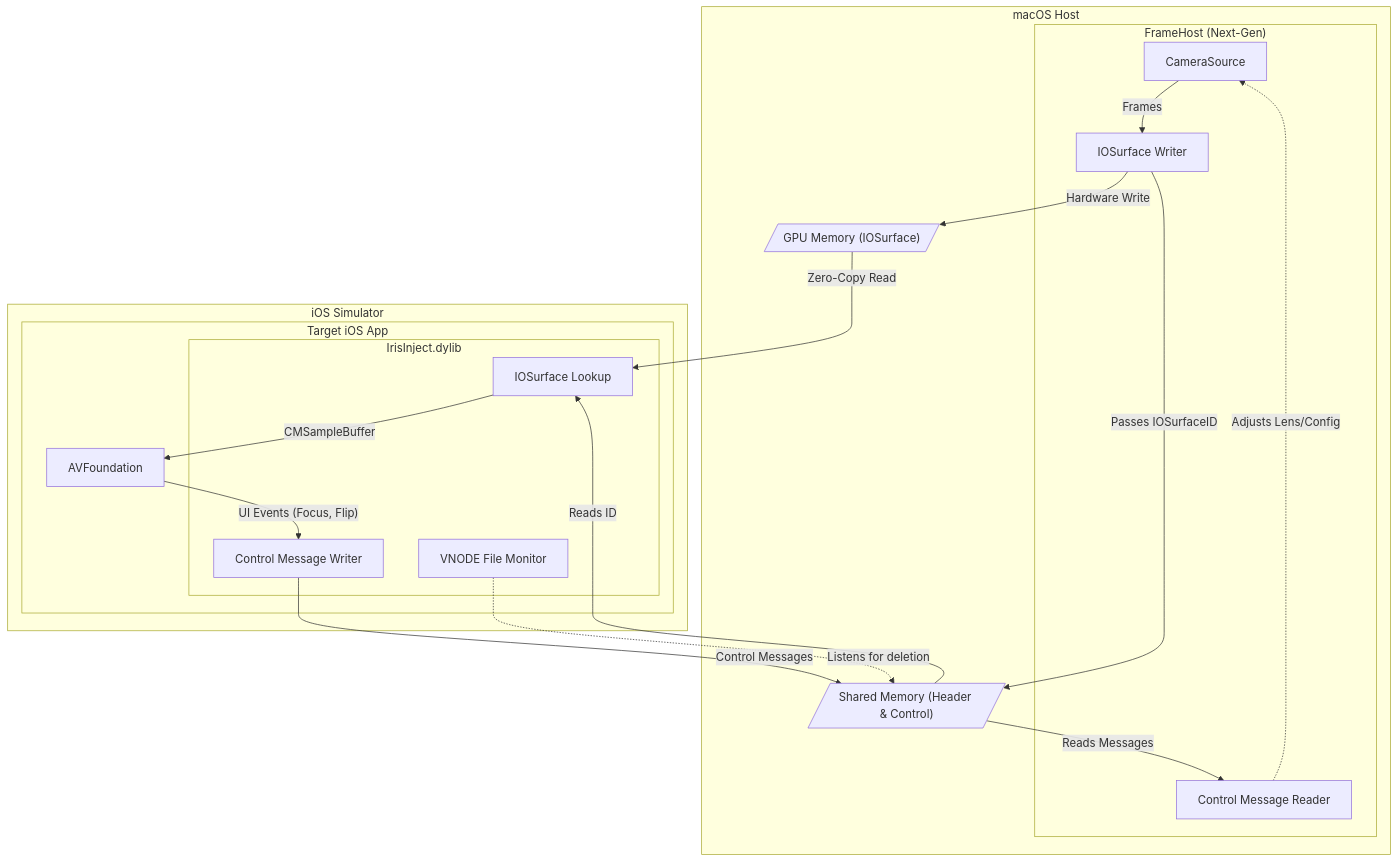
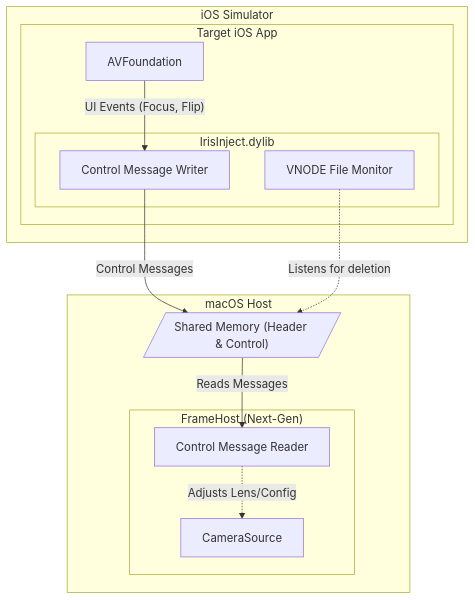
Before and after one commit to annurdien/sim-cli: the sixth of 6 diagrams in docs/SIM_CAM_ARCHITECTURE.md, drawn with Mermaid. The commit also changed other lines of this file, not shown here.

Commit message:
docs: Update SIM_CAM_ARCHITECTURE to reflect IOSurface zero-copy implementation

````diff
--- a/docs/SIM_CAM_ARCHITECTURE.md
+++ b/docs/SIM_CAM_ARCHITECTURE.md
@@ -265,39 +267,28 @@
 ```mermaid
 flowchart TD
     subgraph Host["macOS Host"]
         subgraph FrameHost["FrameHost (Next-Gen)"]
             CameraSource["CameraSource"]
-            IOSurfaceWriter["IOSurface Writer"]
             ControlReader["Control Message Reader"]
         end
         
         SHM[/"Shared Memory (Header & Control)"/]
-        GPU[/"GPU Memory (IOSurface)"/]
     end
 
     subgraph Sim["iOS Simulator"]
         subgraph App["Target iOS App"]
             subgraph Injector["IrisInject.dylib"]
                 VNODE["VNODE File Monitor"]
-                IOSurfaceReader["IOSurface Lookup"]
                 ControlWriter["Control Message Writer"]
             end
             AVF["AVFoundation"]
         end
     end
 
-    CameraSource -- "Frames" --> IOSurfaceWriter
-    IOSurfaceWriter -- "Hardware Write" --> GPU
-    IOSurfaceWriter -- "Passes IOSurfaceID" --> SHM
-    
-    SHM -- "Reads ID" --> IOSurfaceReader
-    GPU -- "Zero-Copy Read" --> IOSurfaceReader
-    IOSurfaceReader -- "CMSampleBuffer" --> AVF
-    
     AVF -- "UI Events (Focus, Flip)" --> ControlWriter
     ControlWriter -- "Control Messages" --> SHM
     SHM -- "Reads Messages" --> ControlReader
     ControlReader -. "Adjusts Lens/Config" .-> CameraSource
     
     VNODE -. "Listens for deletion" .-> SHM
 ```
````
